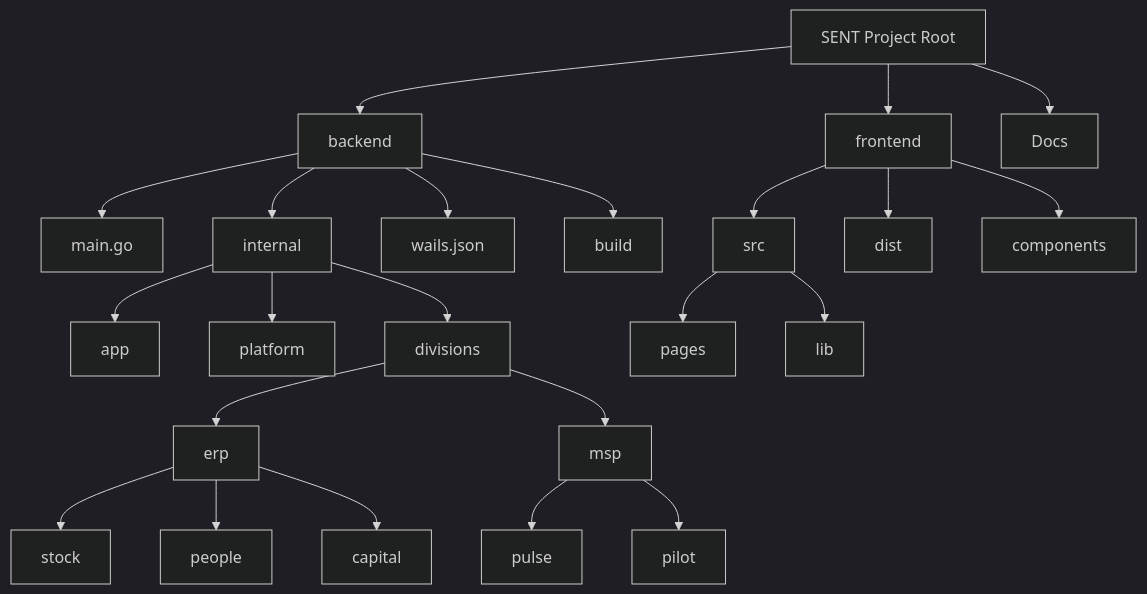
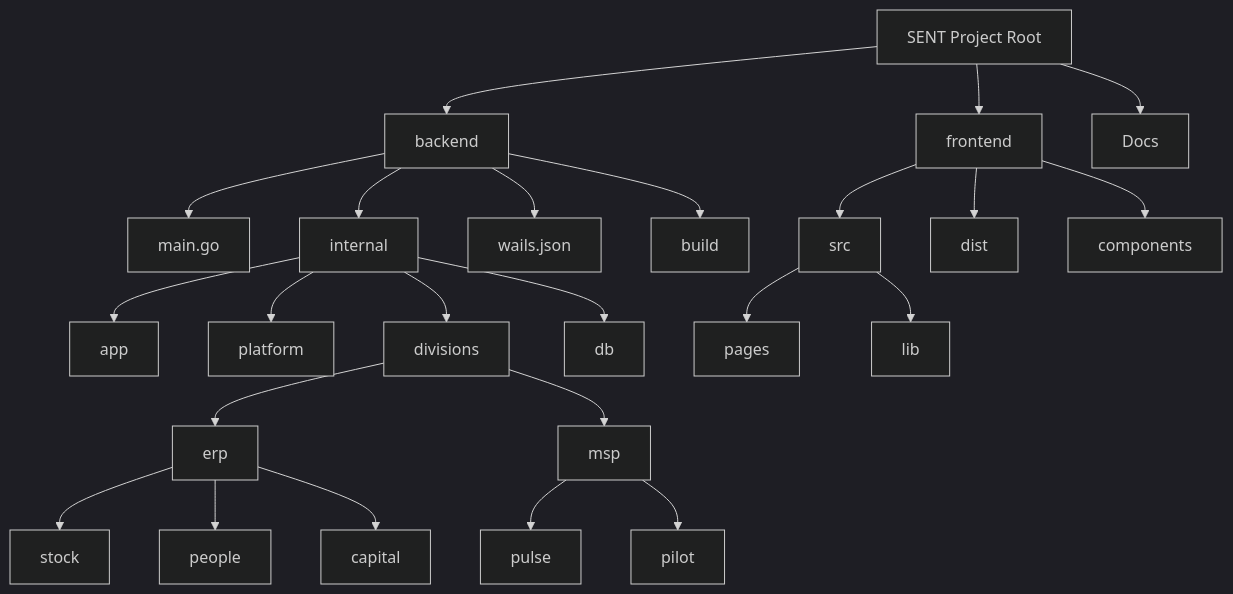
One commit to Aziz-Hubs/SENT changed the diagram in Docs/PROJECT_MAP.md. Above: the diagram before and after it, drawn with Mermaid (dark theme). The commit also changed other lines of this file and 3 other files, not shown here.

````diff
--- a/Docs/PROJECT_MAP.md
+++ b/Docs/PROJECT_MAP.md
@@ -3,32 +3,33 @@
 ```mermaid
 graph TD
     Root[SENT Project Root] --> Backend[backend]
     Root --> Frontend[frontend]
     Root --> Docs[Docs]
 
     Backend --> Main[main.go]
     Backend --> Internal[internal]
     Backend --> WailsConfig[wails.json]
     Backend --> BackendBuild[build]
 
     Internal --> App[app]
     Internal --> Platform[platform]
     Internal --> Divisions[divisions]
+    Internal --> DB[db]
     
     Divisions --> ERP[erp]
     Divisions --> MSP[msp]
     
     ERP --> Stock[stock]
     ERP --> People[people]
     ERP --> Capital[capital]
 
     MSP --> Pulse[pulse]
     MSP --> Pilot[pilot]
 
     Frontend --> Src[src]
     Frontend --> Dist[dist]
     Frontend --> Components[components]
     
     Src --> Pages[pages]
     Src --> Lib[lib]
 ```
````
